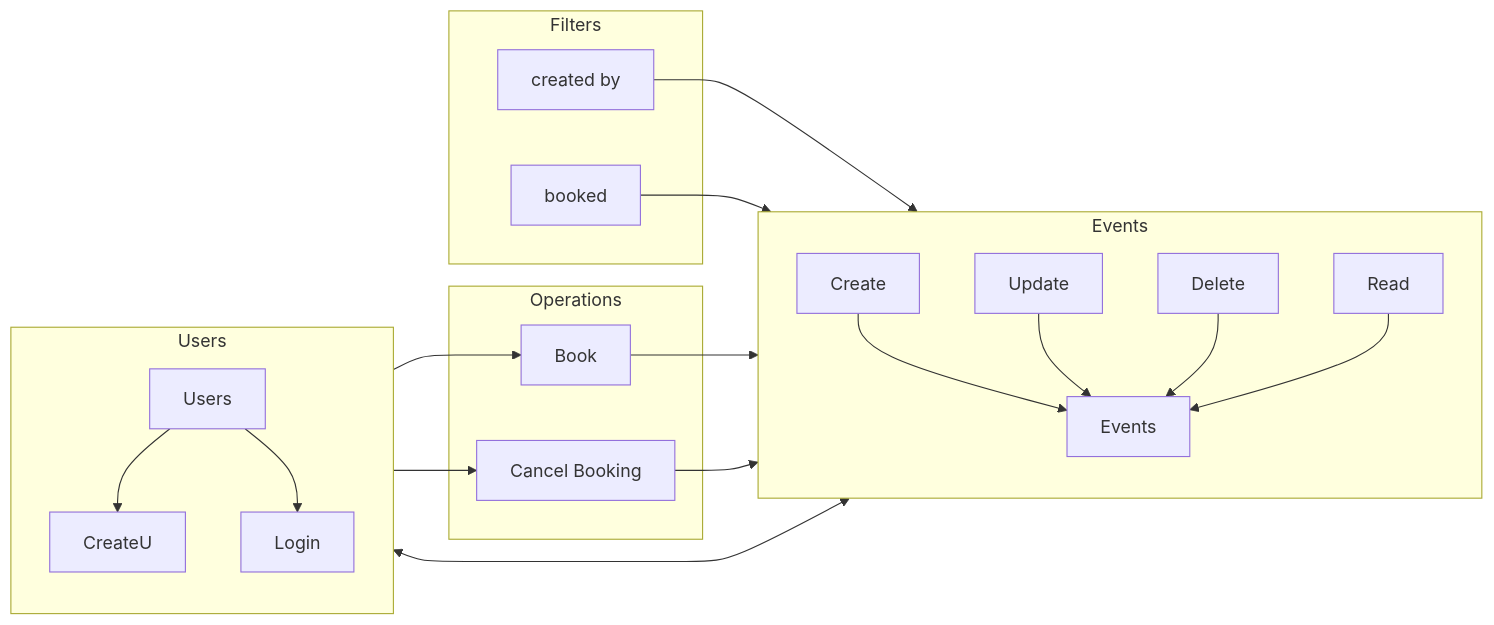
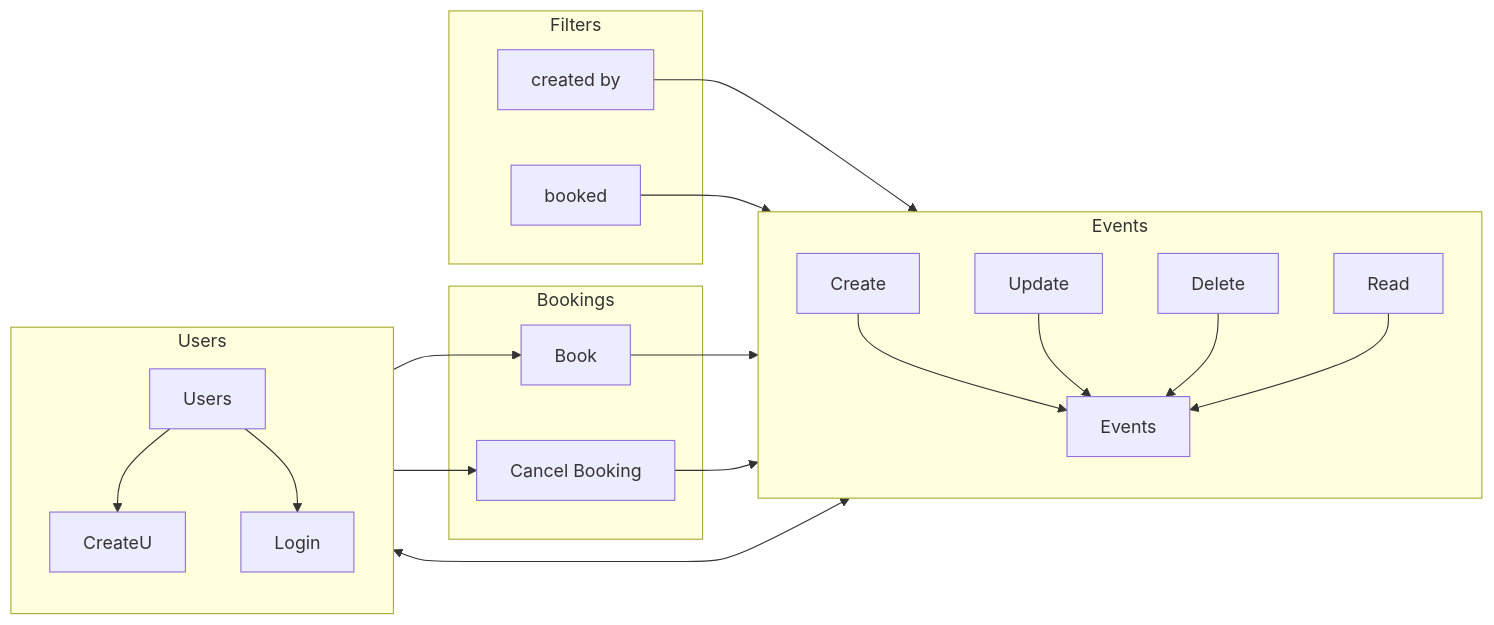
Before and after one commit to alex-pokydin/Node_GraphQL_React: the second of 2 diagrams in Readme.md, drawn with Mermaid. The commit also changed other lines of this file and 6 other files, not shown here.

````diff
--- a/Readme.md
+++ b/Readme.md
@@ -42,33 +60,33 @@
 ```mermaid
 flowchart LR
 
     events[Events] <---> users[Users]
 
     subgraph Events
       direction TB
       Create --> events
       Update --> events
       Delete --> events
       Read --> events
     end
 
     subgraph Filters
       createdBy[created by] --> Read
       booked --> Read
     end
 
     subgraph Users
       direction TB
       users --> CreateU
       users --> Login
     end
 
-    subgraph Operations
+    subgraph Bookings
       Book --> events
       users --> Book
       c_booking[Cancel Booking] --> events
       users --> c_booking
     end
-    
+
 
 ```
````
